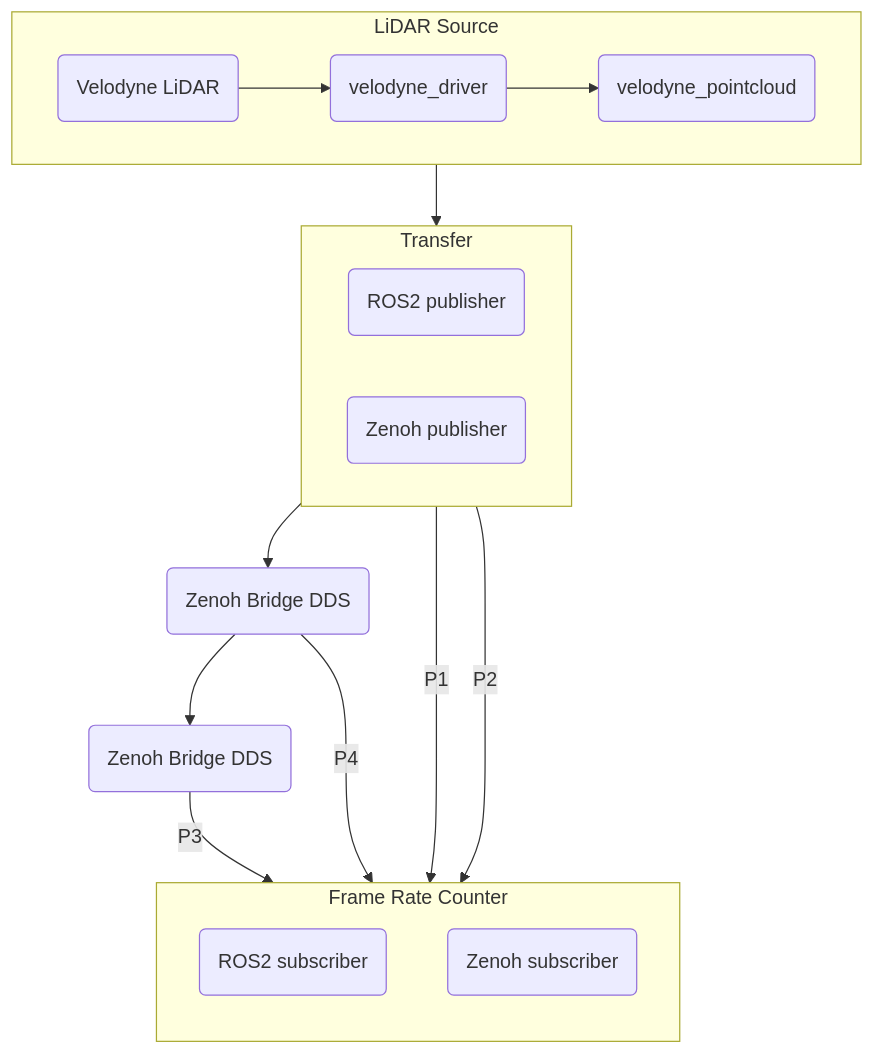
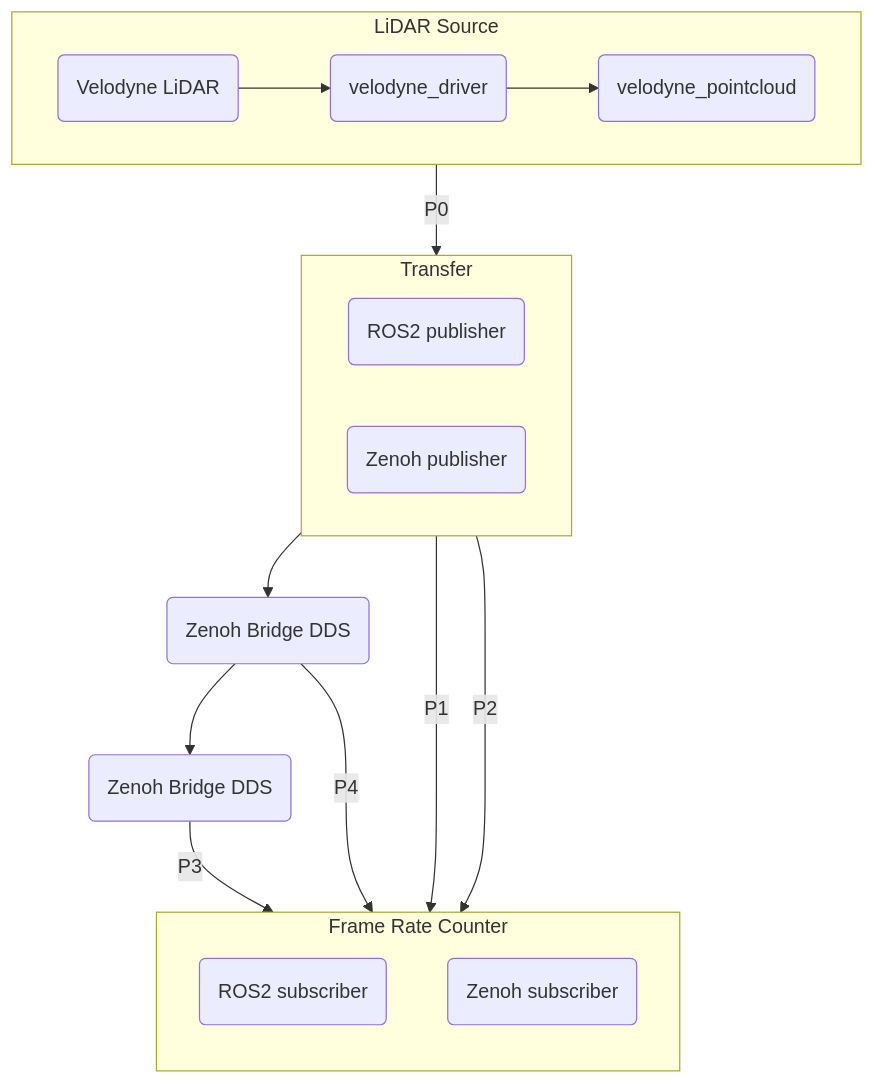
The first of 3 diagrams in README.md (NEWSLabNTU/ros2-dds-zenoh-comparison), drawn with Mermaid before and after one commit. The commit also changed other lines of this file and 7 other files, not shown here.

````diff
--- a/README.md
+++ b/README.md
@@ -6,27 +6,27 @@
 ```mermaid
 flowchart TB
 subgraph SR[LiDAR Source]
     direction LR
     VL(Velodyne LiDAR)
     VD(velodyne_driver)
     VP(velodyne_pointcloud)
     VL --> VD --> VP
 end
-VP --> TF
+VP -- P0 --> TF
 subgraph TF[Transfer]
     direction LR
     RP(ROS2 publisher)
     ZP(Zenoh publisher)
 end
 subgraph FRC[Frame Rate Counter]
     direction TB
     RS(ROS2 subscriber)
     ZS(Zenoh subscriber)
 end
 RP -- P1 --> RS
 ZP -- P2 --> ZS
 ZBD1(Zenoh Bridge DDS)
 ZBD2(Zenoh Bridge DDS)
 RP --> ZBD1 --> ZBD2 -- P3 --> RS
 ZBD1 -- P4 --> ZS
 ```
````
